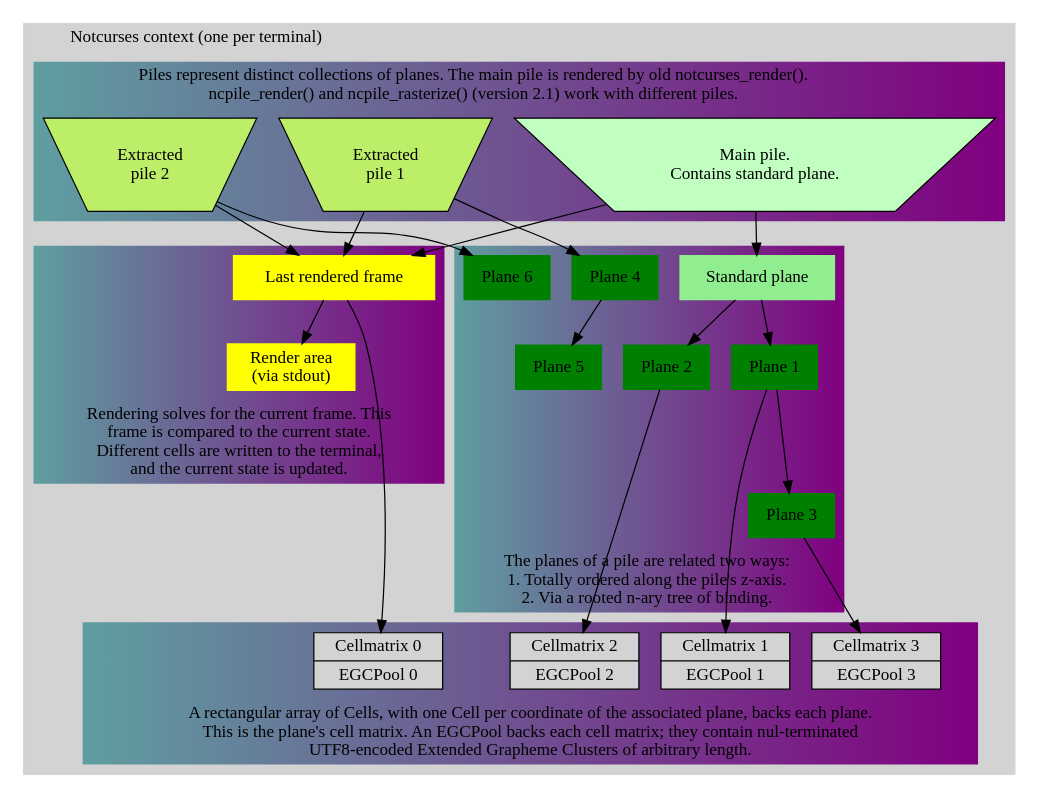
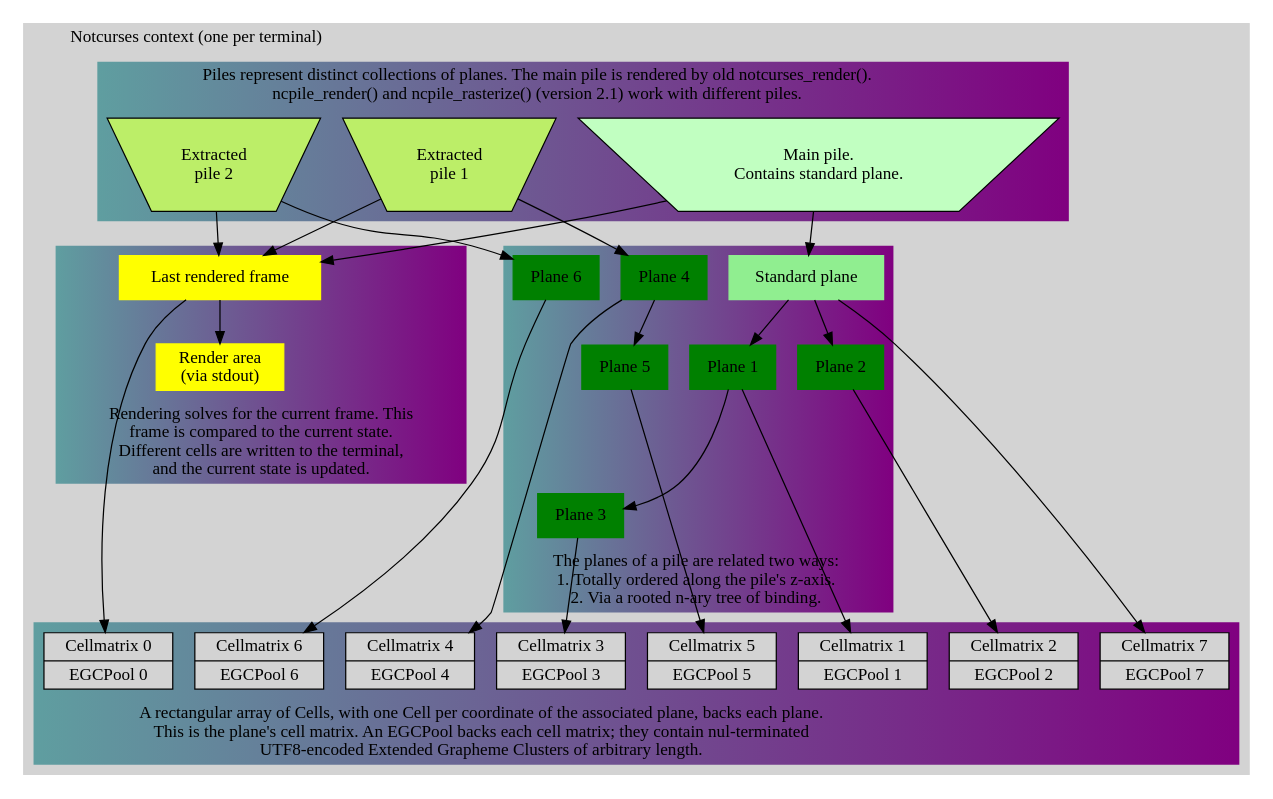
Before and after one commit to dankamongmen/notcurses: the diagram in doc/model.dot, drawn with Graphviz. The commit also changed 1 other file, not shown here.

Commit message:
data model: every plane gets an egcpool

```diff
--- a/doc/model.dot
+++ b/doc/model.dot
@@ -1,64 +1,72 @@
 digraph G {
   subgraph clusterNotcurses {
     labeljust="l";
     label = "Notcurses context (one per terminal)"
     style = filled;
     color = lightgrey;
     compound = "true"
     subgraph clusterRedner {
       label="Rendering solves for the current frame. This\nframe is compared to the current state.\nDifferent cells are written to the terminal,\nand the current state is updated."
       style="filled"
       color="cadetblue:purple"
       LastFrame [ shape=rectangle label="Last rendered frame" style=filled color=yellow ]
       RenderArea [ shape=rectangle label="Render area\n(via stdout)" style=filled color=yellow ]
       labelloc="b"
     }
     subgraph clusterZaxis {
       label="Piles represent distinct collections of planes. The main pile is rendered by old notcurses_render().\nncpile_render() and ncpile_rasterize() (version 2.1) work with different piles."
       style=filled;
       color="cadetblue:purple";
       pileMain [ label="Main pile.\nContains standard plane." style="filled" fillcolor=darkseagreen1 shape=invtrapezium ]
       pile1 [ label="Extracted\npile 1" style="filled" fillcolor=darkolivegreen2 shape=invtrapezium ]
       pile2 [ label="Extracted\npile 2" style="filled" fillcolor=darkolivegreen2 shape=invtrapezium ]
       { rank=same; pileMain pile1 pile2 }
     }
     pileMain -> LastFrame
     pile1 -> LastFrame
     pile2 -> LastFrame
     LastFrame -> RenderArea
     subgraph clusterPlanes {
       labelloc="b"
       label="The planes of a pile are related two ways:\n1. Totally ordered along the pile's z-axis.\n2. Via a rooted n-ary tree of binding."
       style=filled;
       color="cadetblue:purple";
       planeStd [ label="Standard plane" shape=rectangle color="lightgreen" style=filled ]
       plane1 [ label="Plane 1" shape=rectangle color="green" style=filled ]
       plane2 [ label="Plane 2" shape=rectangle color="green" style=filled ]
       plane3 [ label="Plane 3" shape=rectangle color="green" style=filled ]
       plane4 [ label="Plane 4" shape=rectangle color="green" style=filled ]
       plane5 [ label="Plane 5" shape=rectangle color="green" style=filled ]
       plane6 [ label="Plane 6" shape=rectangle color="green" style=filled ]
       pileMain -> planeStd
       planeStd -> plane1
       planeStd -> plane2
       plane1 -> plane3
       pile1 -> plane4
       plane4 -> plane5
       pile2 -> plane6
     }
     subgraph clusterMatrices {
       labelloc="b"
       label="A rectangular array of Cells, with one Cell per coordinate of the associated plane, backs each plane.\nThis is the plane's cell matrix. An EGCPool backs each cell matrix; they contain nul-terminated\nUTF8-encoded Extended Grapheme Clusters of arbitrary length."
       style=filled;
       color="cadetblue:purple";
       cMatrix0 [ label="{{Cellmatrix 0}|{EGCPool 0}}" shape=record style=filled ]
       cMatrix1 [ label="{{Cellmatrix 1}|{EGCPool 1}}" shape=record style=filled ]
       cMatrix2 [ label="{{Cellmatrix 2}|{EGCPool 2}}" shape=record style=filled ]
       cMatrix3 [ label="{{Cellmatrix 3}|{EGCPool 3}}" shape=record style=filled ]
+      cMatrix4 [ label="{{Cellmatrix 4}|{EGCPool 4}}" shape=record style=filled ]
+      cMatrix5 [ label="{{Cellmatrix 5}|{EGCPool 5}}" shape=record style=filled ]
+      cMatrix6 [ label="{{Cellmatrix 6}|{EGCPool 6}}" shape=record style=filled ]
+      cMatrix7 [ label="{{Cellmatrix 7}|{EGCPool 7}}" shape=record style=filled ]
       plane1 -> cMatrix1
       plane2 -> cMatrix2
       plane3 -> cMatrix3
+      plane4 -> cMatrix4
+      plane5 -> cMatrix5
+      plane6 -> cMatrix6
       LastFrame -> cMatrix0
+      planeStd -> cMatrix7
     }
   }
 }
```
